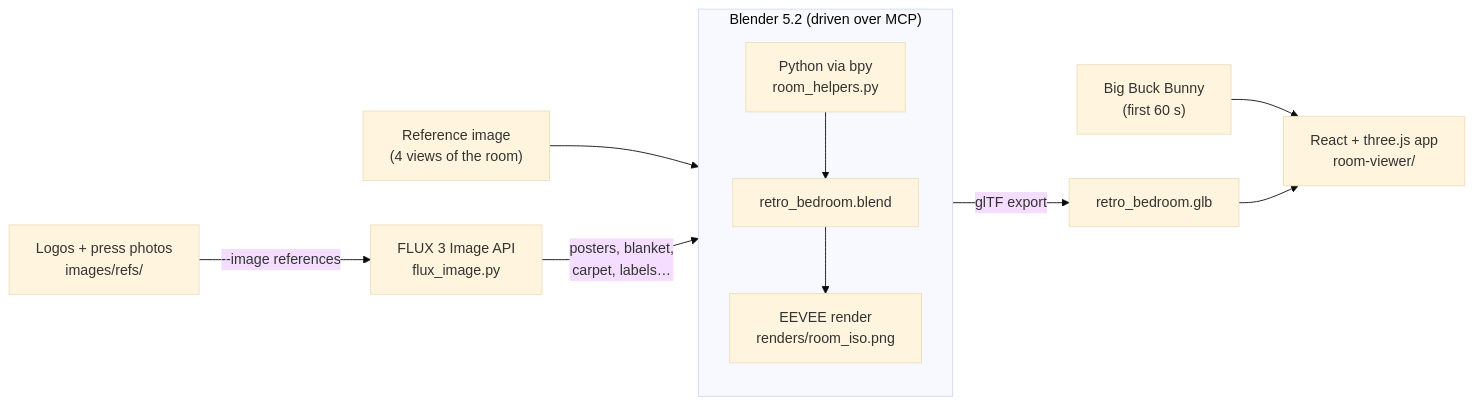
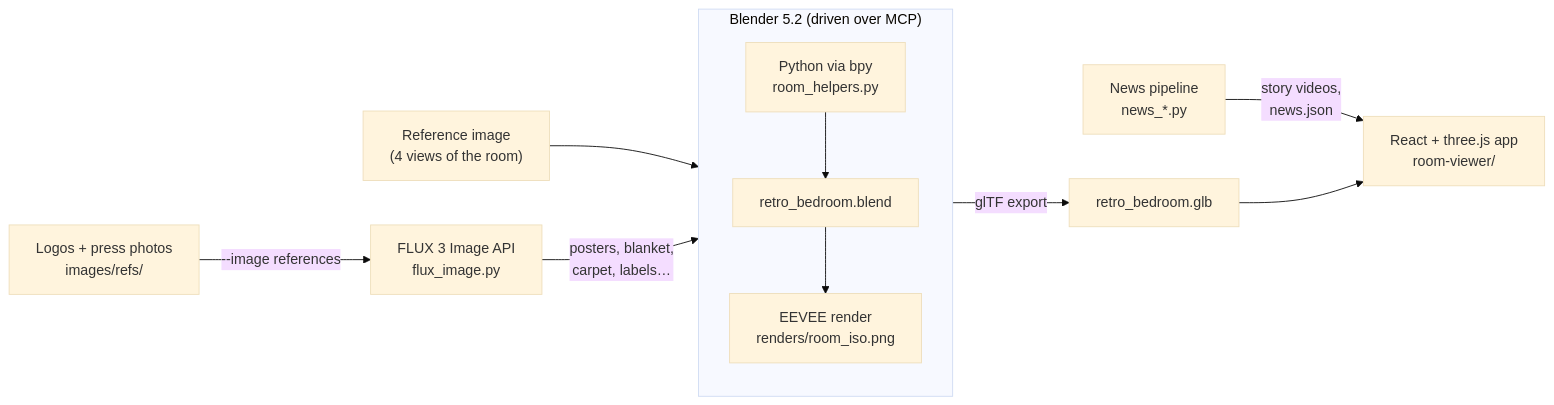
Before and after one commit to victordiaz/little-big-questions: the first of 10 diagrams in README.md, drawn with Mermaid (base theme). The commit also changed other lines of this file and 29 other files, not shown here.

First line of the commit message:
Add the news pipeline, narrated stories and the poster opening to Watch TV

````diff
--- a/README.md
+++ b/README.md
@@ -32,14 +33,14 @@
 ```mermaid
 flowchart LR
     ref["Reference image<br/>(4 views of the room)"] --> blender
     subgraph blender["Blender 5.2 (driven over MCP)"]
         direction TB
         py["Python via bpy<br/>room_helpers.py"] --> scene["retro_bedroom.blend"]
         scene --> render["EEVEE render<br/>renders/room_iso.png"]
     end
     flux["FLUX 3 Image API<br/>flux_image.py"] -->|"posters, blanket,<br/>carpet, labels…"| blender
     web["Logos + press photos<br/>images/refs/"] -->|"--image references"| flux
     scene -->|"glTF export"| glb["retro_bedroom.glb"]
-    bbb["Big Buck Bunny<br/>(first 60 s)"] --> app
+    news["News pipeline<br/>news_*.py"] -->|"story videos,<br/>news.json"| app
     glb --> app["React + three.js app<br/>room-viewer/"]
 ```
````
